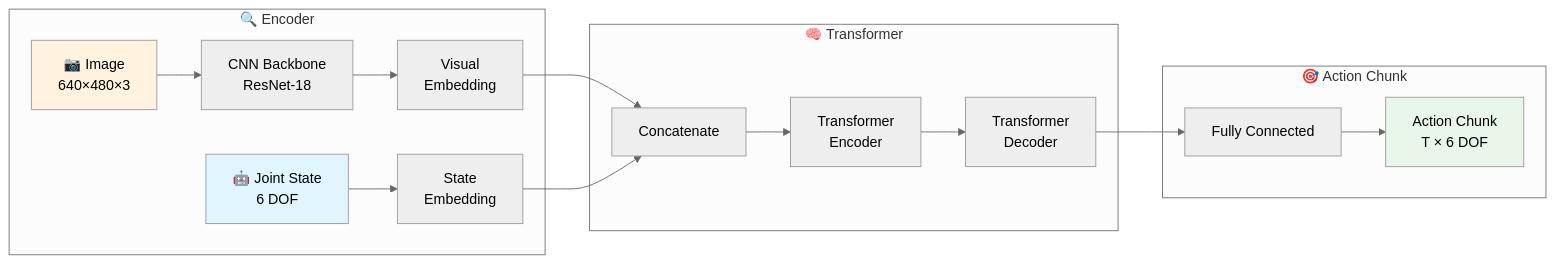
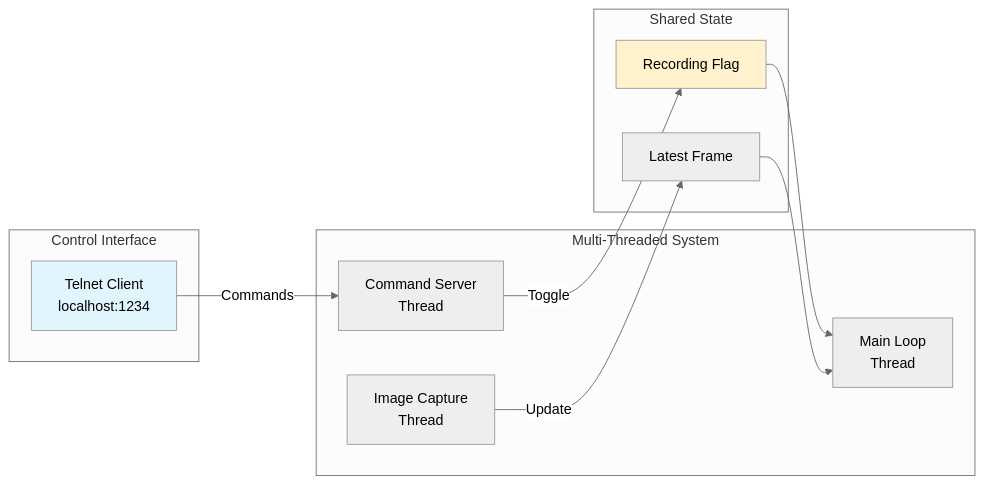
The second of 3 diagrams in _posts/2025-12-18-allen-vla.md (nu-jliu/nu-jliu.github.io), drawn with Mermaid (neutral theme) before and after one commit. The commit also changed other lines of this file, not shown here.

````diff
--- a/_posts/2025-12-18-allen-vla.md
+++ b/_posts/2025-12-18-allen-vla.md
@@ -209,26 +97,26 @@
 ```mermaid
 graph LR
-    subgraph Encoder["🔍 Encoder"]
-        IMG["📷 Image<br/>640×480×3"]
-        STATE["🤖 Joint State<br/>6 DOF"]
-        IMG --> CNN["CNN Backbone<br/>ResNet-18"]
-        CNN --> VIS_EMB["Visual<br/>Embedding"]
-        STATE --> STATE_EMB["State<br/>Embedding"]
+    subgraph Control["Control Interface"]
+        TELNET["Telnet Client<br/>localhost:1234"]
     end
 
-    subgraph Transformer["🧠 Transformer"]
-        VIS_EMB --> CONCAT["Concatenate"]
-        STATE_EMB --> CONCAT
-        CONCAT --> ENCODER["Transformer<br/>Encoder"]
-        ENCODER --> DECODER["Transformer<br/>Decoder"]
+    subgraph Threads["Multi-Threaded System"]
+        CMD["Command Server<br/>Thread"]
+        IMG["Image Capture<br/>Thread"]
+        MAIN["Main Loop<br/>Thread"]
     end
 
-    subgraph ActionChunk["🎯 Action Chunk"]
-        DECODER --> FC["Fully Connected"]
-        FC --> CHUNK["Action Chunk<br/>T × 6 DOF"]
+    subgraph State["Shared State"]
+        REC["Recording Flag"]
+        FRAME["Latest Frame"]
     end
 
-    style IMG fill:#fff3e0
-    style STATE fill:#e1f5ff
-    style CHUNK fill:#e8f5e9
+    TELNET -->|Commands| CMD
+    CMD -->|Toggle| REC
+    IMG -->|Update| FRAME
+    REC --> MAIN
+    FRAME --> MAIN
+
+    style TELNET fill:#e1f5ff
+    style REC fill:#fff3cd
 ```
````
